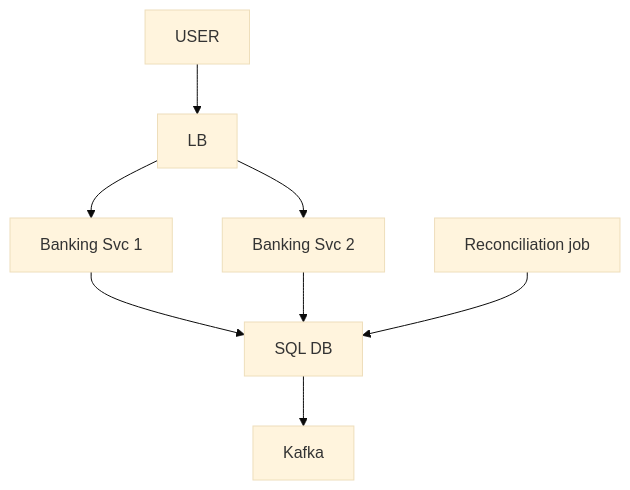
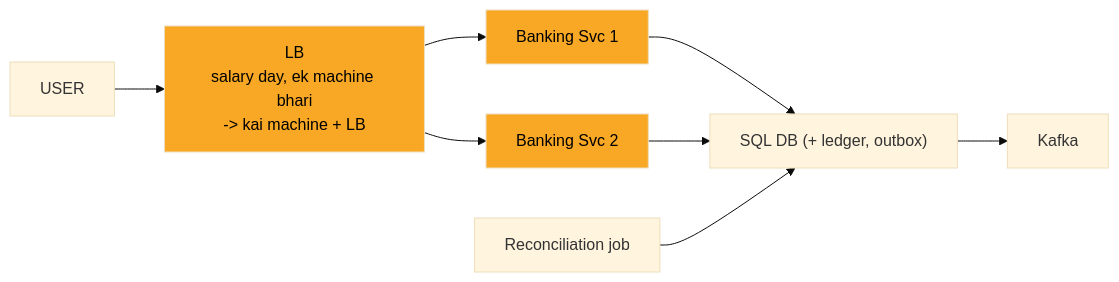
The eighth of 13 diagrams in 04_HLD/SYSTEM_DESIGNS/13_banking_system/13_banking_system.md (ArpanMaheshwari144/Prep), drawn with Mermaid (base theme) before and after one commit. The commit also changed other lines of this file and 2 other files, not shown here.

Commit message:
docs, kafka, banking: one-day story, short cards, follow-ups with rules, highlighted diagrams

````diff
--- a/04_HLD/SYSTEM_DESIGNS/13_banking_system/13_banking_system.md
+++ b/04_HLD/SYSTEM_DESIGNS/13_banking_system/13_banking_system.md
@@ -276,17 +255,20 @@
 ```mermaid
-flowchart TD
+flowchart LR
     n_USER["USER"]
-    n_LB["LB"]
-    n_Banking_Svc_x_N_1["Banking Svc 1"]
-    n_Banking_Svc_x_N_2["Banking Svc 2"]
-    n_SQL_DB["SQL DB"]
-    n_Kafka["Kafka"]
-    n_Reconciliation_job["Reconciliation job"]
+    n_LB["LB<br/>salary day, ek machine bhari<br/>-> kai machine + LB"]
+    n_S1["Banking Svc 1"]
+    n_S2["Banking Svc 2"]
+    n_DB["SQL DB (+ ledger, outbox)"]
+    n_K["Kafka"]
+    n_REC["Reconciliation job"]
     n_USER --> n_LB
-    n_LB --> n_Banking_Svc_x_N_1
-    n_LB --> n_Banking_Svc_x_N_2
-    n_Banking_Svc_x_N_1 --> n_SQL_DB
-    n_Banking_Svc_x_N_2 --> n_SQL_DB
-    n_SQL_DB --> n_Kafka
-    n_Reconciliation_job --> n_SQL_DB
+    n_LB --> n_S1
+    n_LB --> n_S2
+    n_S1 --> n_DB
+    n_S2 --> n_DB
+    n_DB --> n_K
+    n_REC --> n_DB
+    style n_LB fill:#f9a825,color:#000
+    style n_S1 fill:#f9a825,color:#000
+    style n_S2 fill:#f9a825,color:#000
 ```
````
